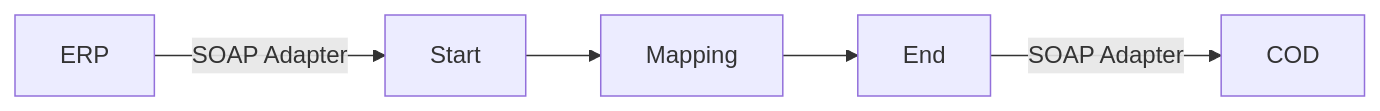
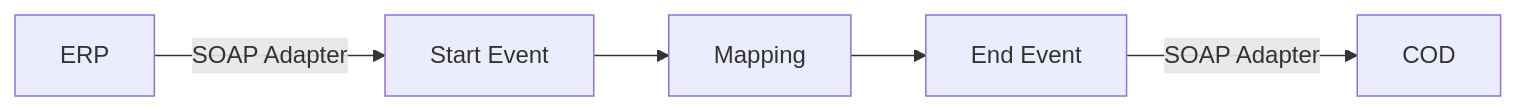
The diagram in REPSOL - Demo IA Docs/Check_Connectivity_from_SAP_Business_Suite_-_REPSOL/1.0.3/readme.md (Avvale-IA-CICD/AvvaleCPI), drawn with Mermaid before and after one commit. The commit also changed other lines of this file, not shown here.

````diff
--- a/REPSOL - Demo IA Docs/Check_Connectivity_from_SAP_Business_Suite_-_REPSOL/1.0.3/readme.md
+++ b/REPSOL - Demo IA Docs/Check_Connectivity_from_SAP_Business_Suite_-_REPSOL/1.0.3/readme.md
@@ -4,7 +4,7 @@
 ```mermaid
 graph LR
-    ERP[ERP] -->|SOAP Adapter| Start
-    Start --> Mapping
-    Mapping --> End
-    End -->|SOAP Adapter| COD[COD]
+    ERP[ERP] -->|SOAP Adapter| StartEvent
+    StartEvent[Start Event] --> Mapping
+    Mapping[Mapping] --> EndEvent
+    EndEvent[End Event] -->|SOAP Adapter| COD[COD]
 ```
````
